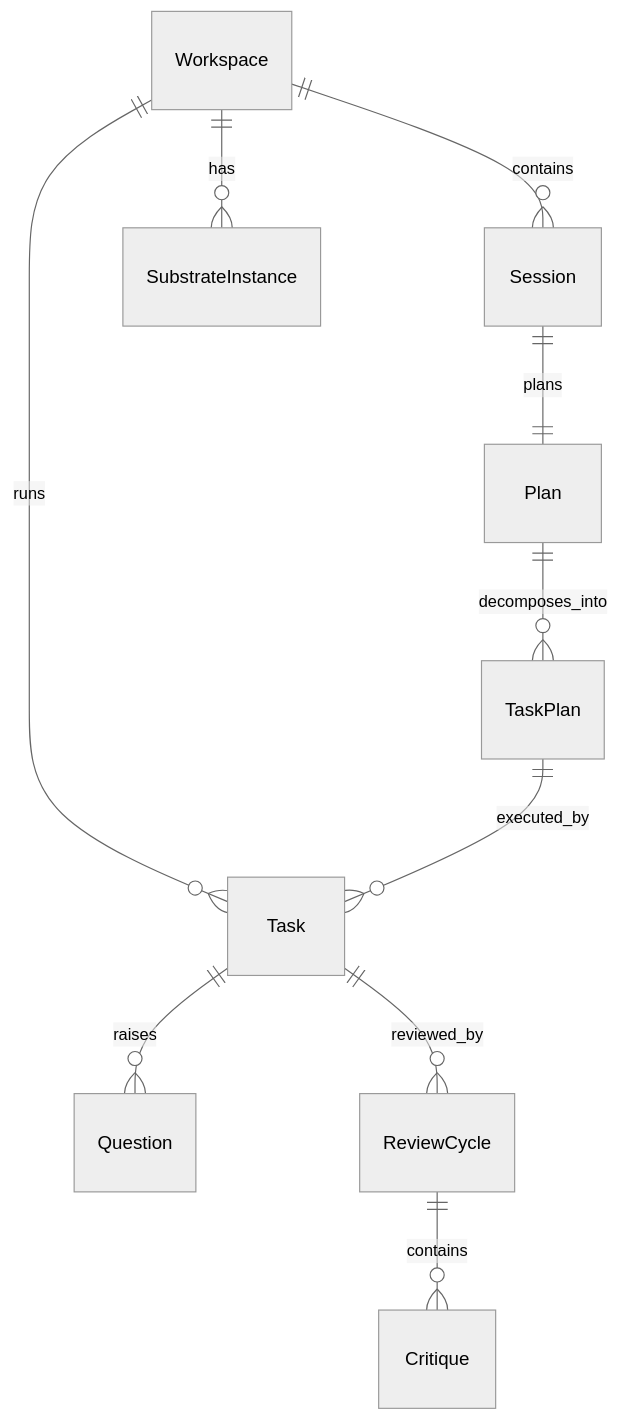
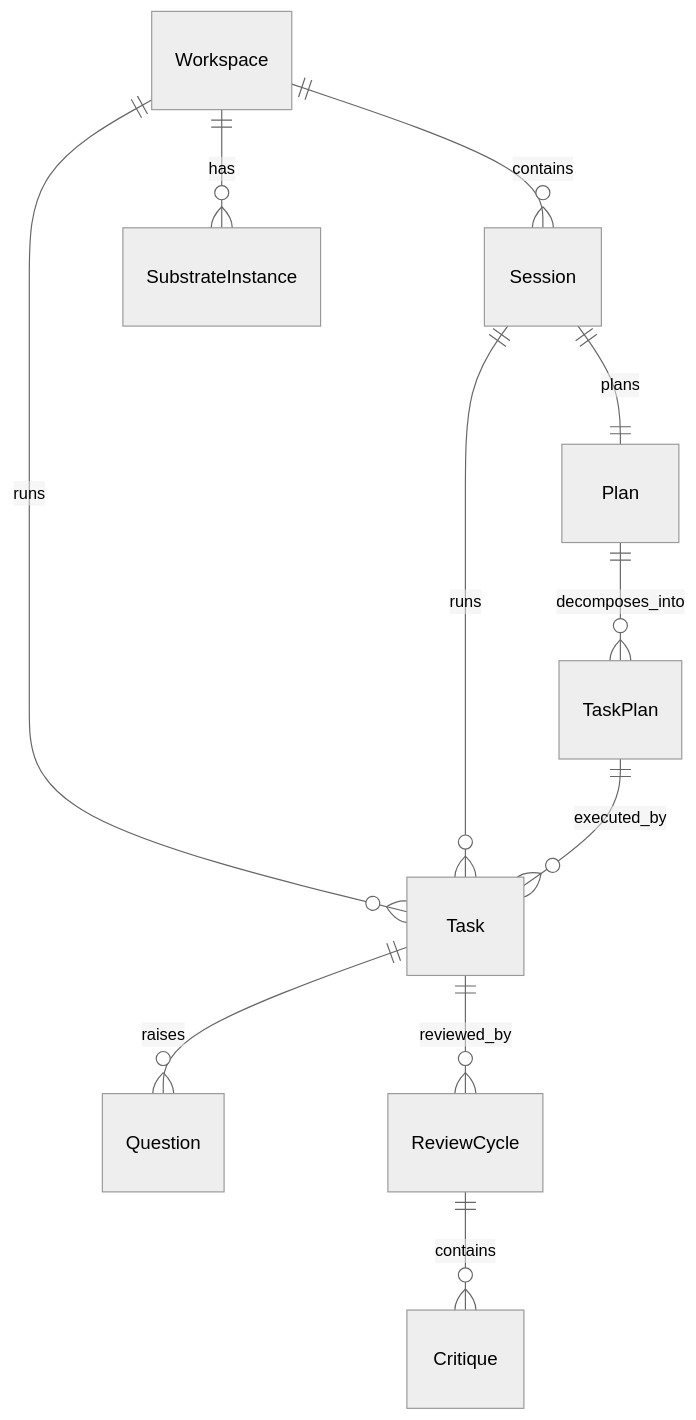
The third of 3 diagrams in docs/01-domain-model.md (beeemT/substrate), drawn with Mermaid (neutral theme) before and after one commit. The commit also changed other lines of this file and 8 other files, not shown here.

````diff
--- a/docs/01-domain-model.md
+++ b/docs/01-domain-model.md
@@ -415,12 +437,13 @@
 ```mermaid
 erDiagram
     Workspace ||--o{ Session : contains
     Session ||--|| Plan : plans
     Plan ||--o{ TaskPlan : decomposes_into
     Workspace ||--o{ Task : runs
+    Session ||--o{ Task : runs
     TaskPlan ||--o{ Task : executed_by
     Task ||--o{ Question : raises
     Task ||--o{ ReviewCycle : reviewed_by
     ReviewCycle ||--o{ Critique : contains
     Workspace ||--o{ SubstrateInstance : has
 ```
````
